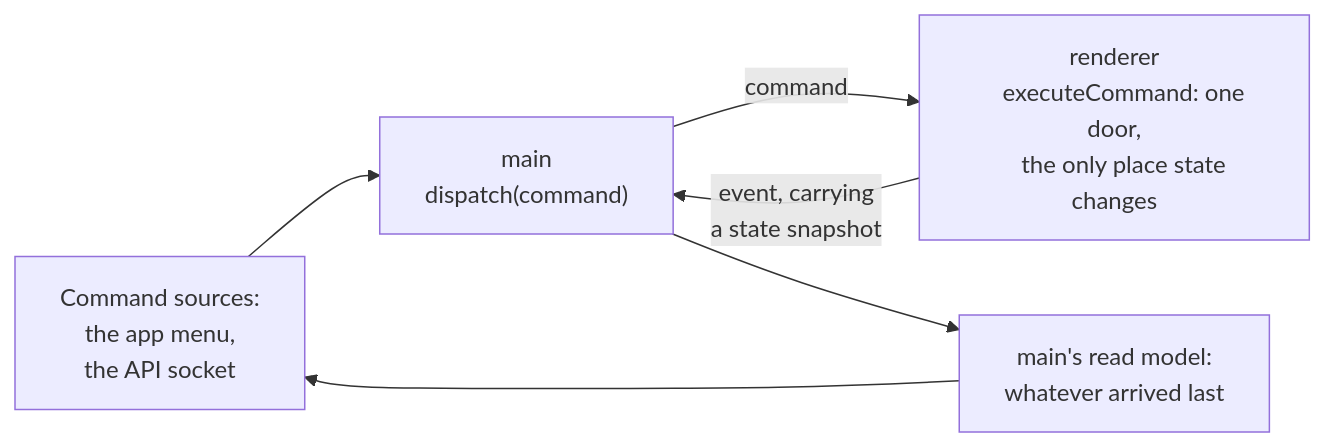
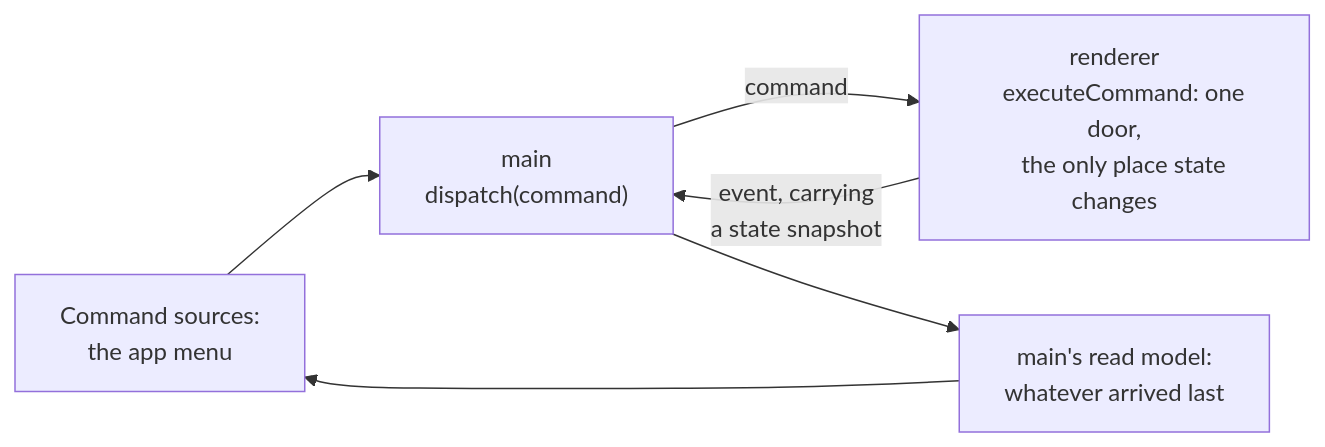
The diagram in ARCHITECTURE.md (luis-herasme/lmux), drawn with Mermaid before and after one commit. The commit also changed other lines of this file and 28 other files, not shown here.

First line of the commit message:
Remove the MCP API socket and spell out inter-process communication

````diff
--- a/ARCHITECTURE.md
+++ b/ARCHITECTURE.md
@@ -124,15 +120,14 @@
 ```mermaid
 flowchart LR
     S["Command sources:
-    the app menu,
-    the API socket"] --> M
+    the app menu"] --> M
     M["main
     dispatch(command)"] -->|command| R
     R["renderer
     executeCommand: one door,
     the only place state changes"] -->|"event, carrying
     a state snapshot"| M
     M --> K["main's read model:
     whatever arrived last"]
     K --> S
 ```
````
